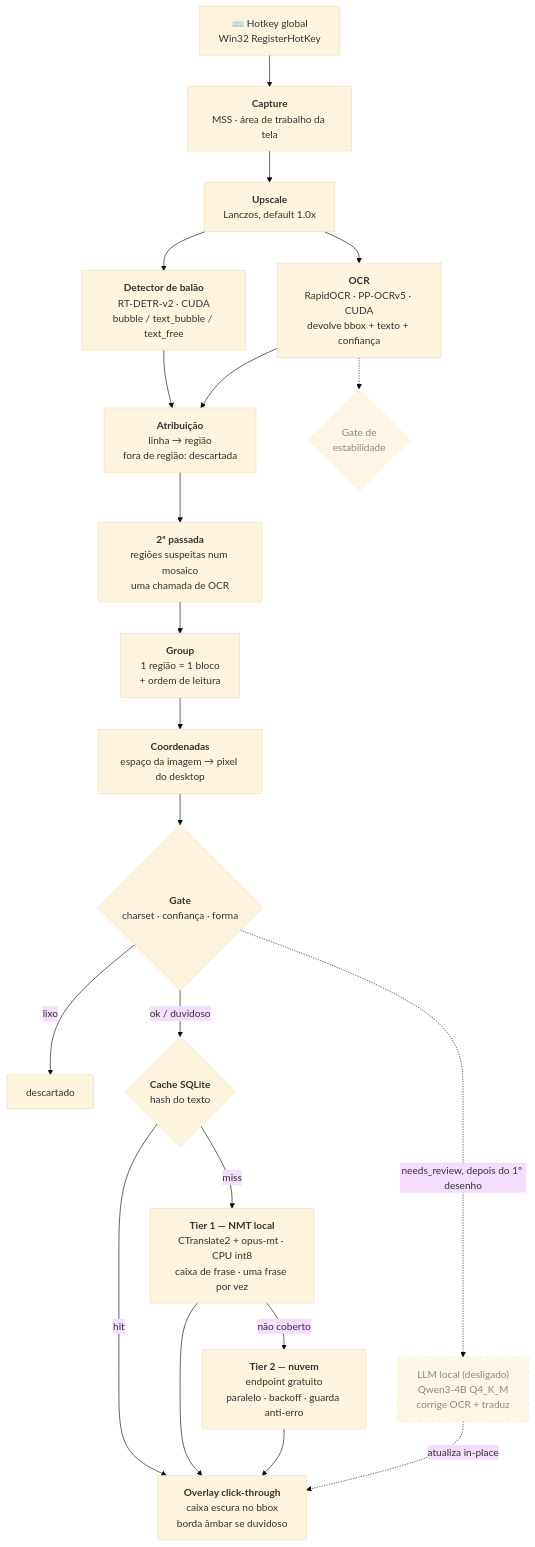
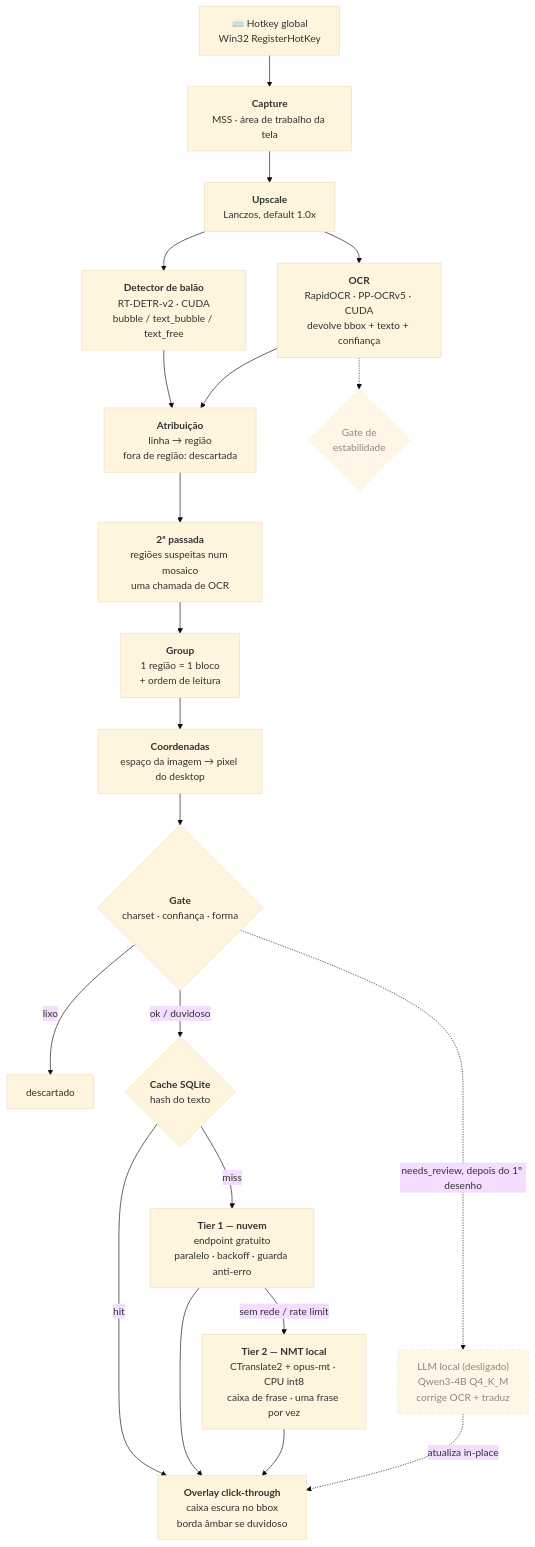
Before and after one commit to LiloMarino/TranslatorOCR: the first of 2 diagrams in README.md, drawn with Mermaid (base theme). The commit also changed other lines of this file and 14 other files, not shown here.

````diff
--- a/README.md
+++ b/README.md
@@ -120,28 +120,28 @@
 ```mermaid
 flowchart TD
     HK["⌨️ Hotkey global<br/>Win32 RegisterHotKey"] --> CAP["<b>Capture</b><br/>MSS · área de trabalho da tela"]
     CAP --> UP["<b>Upscale</b><br/>Lanczos, default 1.0x"]
     UP --> OCR["<b>OCR</b><br/>RapidOCR · PP-OCRv5 · CUDA<br/>devolve bbox + texto + confiança"]
     UP --> DET["<b>Detector de balão</b><br/>RT-DETR-v2 · CUDA<br/>bubble / text_bubble / text_free"]
     DET --> ASSIGN["<b>Atribuição</b><br/>linha → região<br/>fora de região: descartada"]
     OCR --> ASSIGN
     ASSIGN --> MOSAIC["<b>2ª passada</b><br/>regiões suspeitas num mosaico<br/>uma chamada de OCR"]
     MOSAIC --> GRP["<b>Group</b><br/>1 região = 1 bloco<br/>+ ordem de leitura"]
     GRP --> COORD["<b>Coordenadas</b><br/>espaço da imagem → pixel do desktop"]
     COORD --> GATE{"<b>Gate</b><br/>charset · confiança · forma"}
     GATE -->|"lixo"| DROP["descartado"]
     GATE -->|"ok / duvidoso"| CACHE{"<b>Cache SQLite</b><br/>hash do texto"}
 
     CACHE -->|"hit"| DRAW
-    CACHE -->|"miss"| NMT["<b>Tier 1 — NMT local</b><br/>CTranslate2 + opus-mt · CPU int8<br/>caixa de frase · uma frase por vez"]
-    NMT -->|"não coberto"| CLOUD["<b>Tier 2 — nuvem</b><br/>endpoint gratuito<br/>paralelo · backoff · guarda anti-erro"]
-    NMT --> DRAW["<b>Overlay click-through</b><br/>caixa escura no bbox<br/>borda âmbar se duvidoso"]
-    CLOUD --> DRAW
+    CACHE -->|"miss"| CLOUD["<b>Tier 1 — nuvem</b><br/>endpoint gratuito<br/>paralelo · backoff · guarda anti-erro"]
+    CLOUD -->|"sem rede / rate limit"| NMT["<b>Tier 2 — NMT local</b><br/>CTranslate2 + opus-mt · CPU int8<br/>caixa de frase · uma frase por vez"]
+    CLOUD --> DRAW["<b>Overlay click-through</b><br/>caixa escura no bbox<br/>borda âmbar se duvidoso"]
+    NMT --> DRAW
 
     OCR -.-> STAB{"Gate de<br/>estabilidade"}
     GATE -.->|"needs_review, depois do 1º desenho"| LLM["LLM local (desligado)<br/>Qwen3-4B Q4_K_M<br/>corrige OCR + traduz"]
     LLM -.->|"atualiza in-place"| DRAW
 
     classDef planned stroke-dasharray:5 5,opacity:0.75
     class STAB,LLM planned
 ```
````
